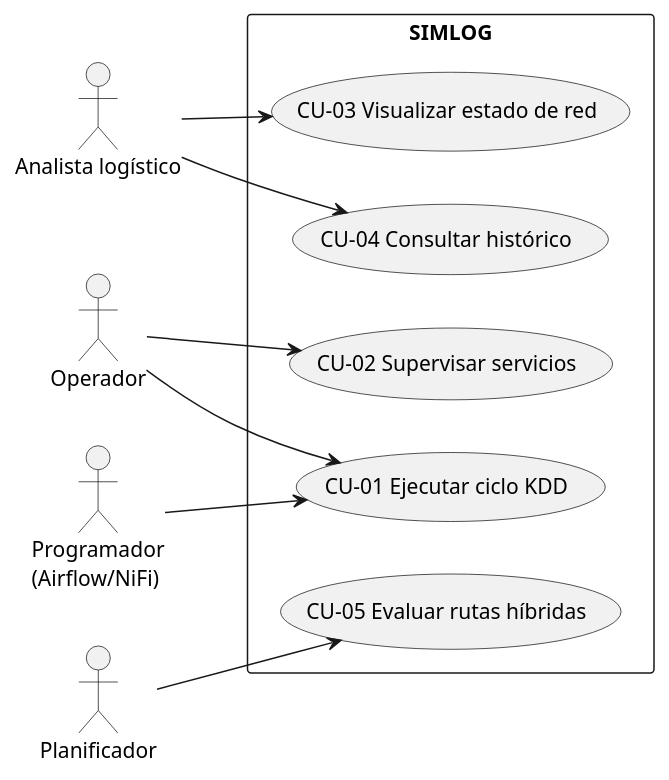
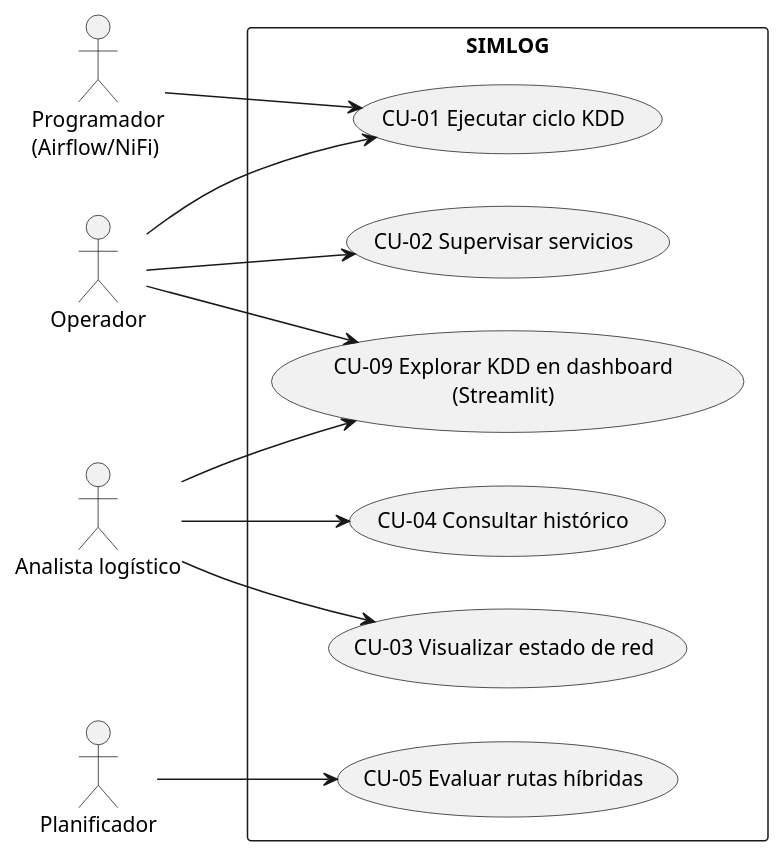
One commit to gracobjo/proyecto_transporte_global_standalone changed the diagram in docs/uml/casos_uso_simlog.puml. Above: the diagram before and after it, drawn with PlantUML. The commit also changed 17 other files, not shown here.

```diff
--- a/docs/uml/casos_uso_simlog.puml
+++ b/docs/uml/casos_uso_simlog.puml
@@ -1,25 +1,28 @@
 @startuml
 left to right direction
 skinparam packageStyle rectangle
 
 actor "Operador" as Operador
 actor "Analista logístico" as Analista
 actor "Planificador" as Planificador
 actor "Programador\n(Airflow/NiFi)" as Scheduler
 
 rectangle "SIMLOG" {
   usecase "CU-01 Ejecutar ciclo KDD" as CU1
   usecase "CU-02 Supervisar servicios" as CU2
   usecase "CU-03 Visualizar estado de red" as CU3
   usecase "CU-04 Consultar histórico" as CU4
   usecase "CU-05 Evaluar rutas híbridas" as CU5
+  usecase "CU-09 Explorar KDD en dashboard\n(Streamlit)" as CU9
 }
 
 Operador --> CU2
 Operador --> CU1
+Operador --> CU9
 Analista --> CU3
 Analista --> CU4
+Analista --> CU9
 Planificador --> CU5
 Scheduler --> CU1
 
 @enduml
```
